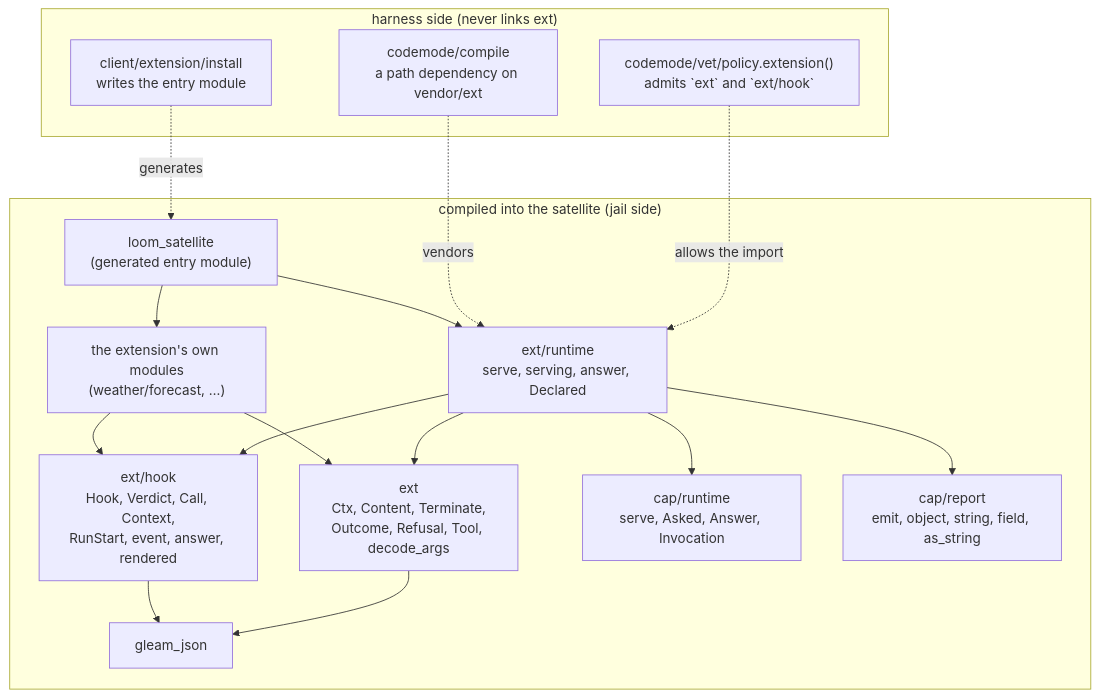
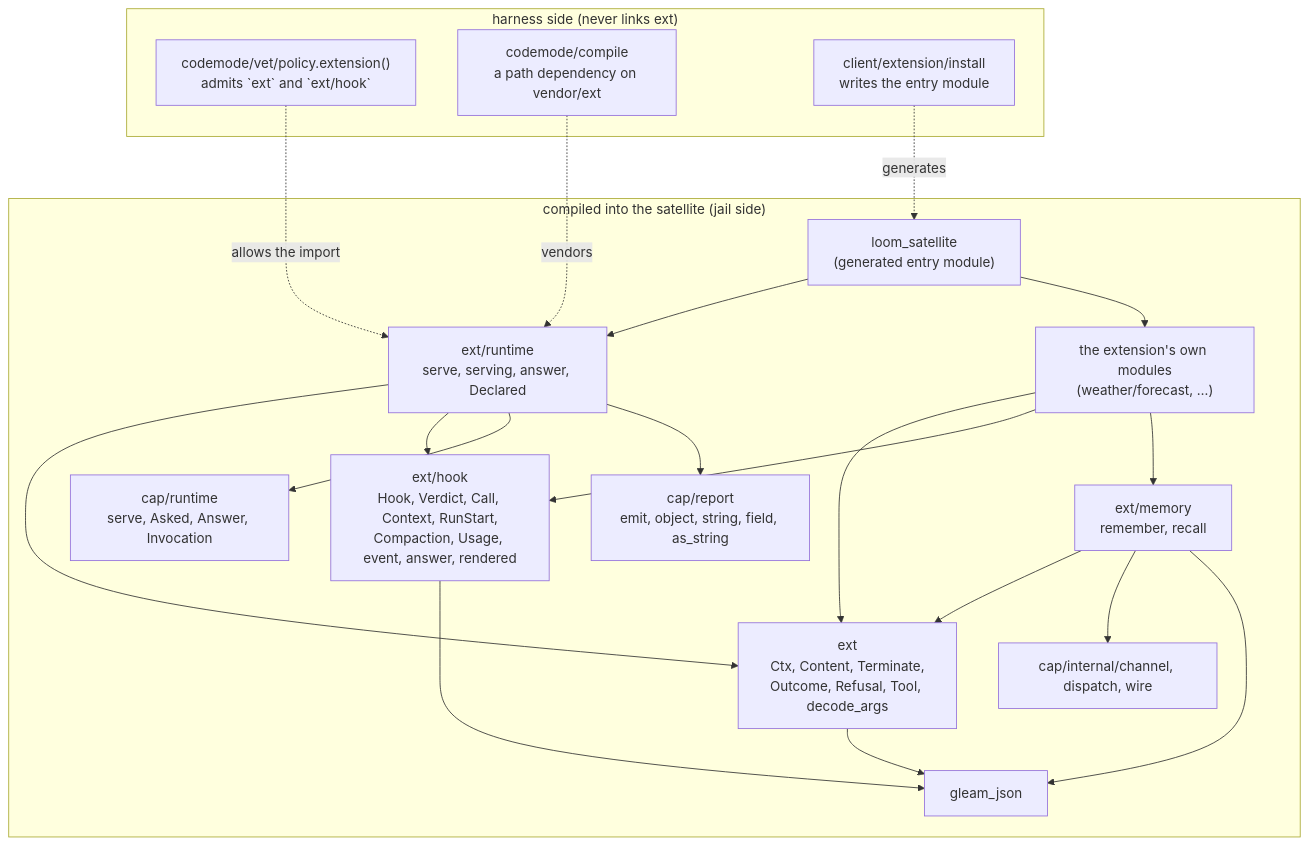
The first of 3 diagrams in packages/ext/README.md (Roasbeef/loom), drawn with Mermaid before and after one commit. The commit also changed other lines of this file, not shown here.

First line of the commit message:
ext: add ext/memory to the diagram and tests

````diff
--- a/packages/ext/README.md
+++ b/packages/ext/README.md
@@ -49,34 +49,40 @@
 ```mermaid
 graph TD
   subgraph jail["compiled into the satellite (jail side)"]
     ENTRY["loom_satellite<br/>(generated entry module)"]
     EXTSRC["the extension's own modules<br/>(weather/forecast, …)"]
     RT["ext/runtime<br/>serve, serving, answer, Declared"]
     E["ext<br/>Ctx, Content, Terminate,<br/>Outcome, Refusal, Tool, decode_args"]
-    H["ext/hook<br/>Hook, Verdict, Call, Context,<br/>RunStart, event, answer, rendered"]
+    H["ext/hook<br/>Hook, Verdict, Call, Context, RunStart,<br/>Compaction, Usage, event, answer, rendered"]
+    MEM["ext/memory<br/>remember, recall"]
+    CAPINT["cap/internal/channel, dispatch, wire"]
     CAPRT["cap/runtime<br/>serve, Asked, Answer, Invocation"]
     CAPREP["cap/report<br/>emit, object, string, field, as_string"]
     JSON["gleam_json"]
   end
 
   subgraph harness["harness side (never links ext)"]
     VET["codemode/vet/policy.extension()<br/>admits `ext` and `ext/hook`"]
     COMP["codemode/compile<br/>a path dependency on vendor/ext"]
     INST["client/extension/install<br/>writes the entry module"]
   end
 
   ENTRY --> RT
   ENTRY --> EXTSRC
   EXTSRC --> E
   EXTSRC --> H
+  EXTSRC --> MEM
+  MEM --> E
+  MEM --> CAPINT
+  MEM --> JSON
   RT --> E
   RT --> H
   RT --> CAPRT
   RT --> CAPREP
   H --> JSON
   E --> JSON
 
   INST -.->|generates| ENTRY
   COMP -.->|vendors| RT
   VET -.->|allows the import| RT
 ```
````
